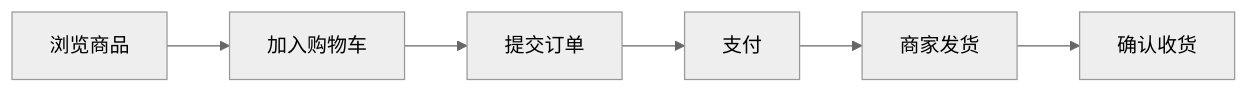
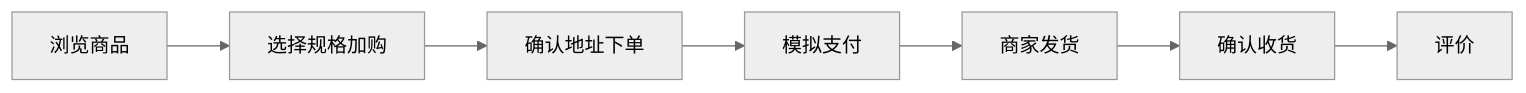
Before and after one commit to yyou90144-lgtm/starx-eshop: the diagram in eshop-release-v1.0/docs/01-需求文档/需求规格说明书.md, drawn with Mermaid (neutral theme). The commit also changed other lines of this file and 23 other files, not shown here.

````diff
--- a/eshop-release-v1.0/docs/01-需求文档/需求规格说明书.md
+++ b/eshop-release-v1.0/docs/01-需求文档/需求规格说明书.md
@@ -39,4 +43,9 @@
 ```mermaid
 flowchart LR
-  A[浏览商品] --> B[加入购物车] --> C[提交订单] --> D[支付] --> E[商家发货] --> F[确认收货]
+  A[浏览商品] --> B[选择规格加购]
+  B --> C[确认地址下单]
+  C --> D[模拟支付]
+  D --> E[商家发货]
+  E --> F[确认收货]
+  F --> G[评价]
 ```
````
